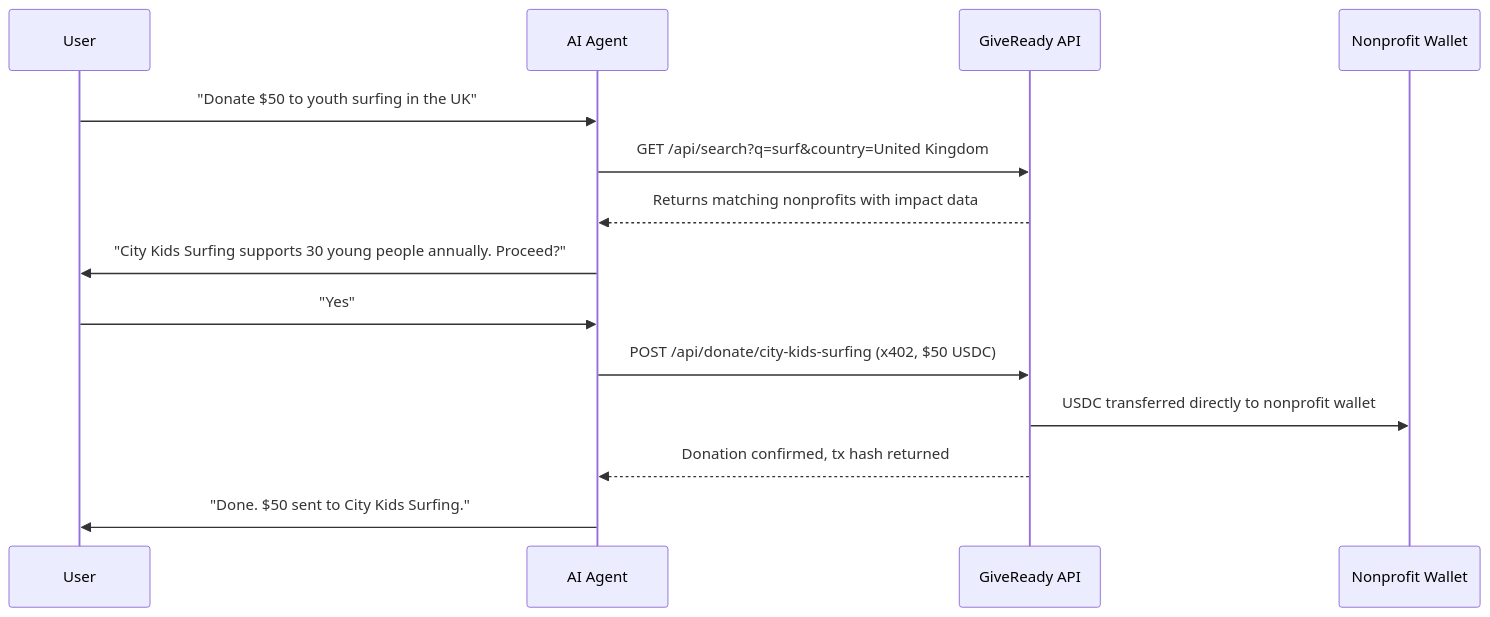
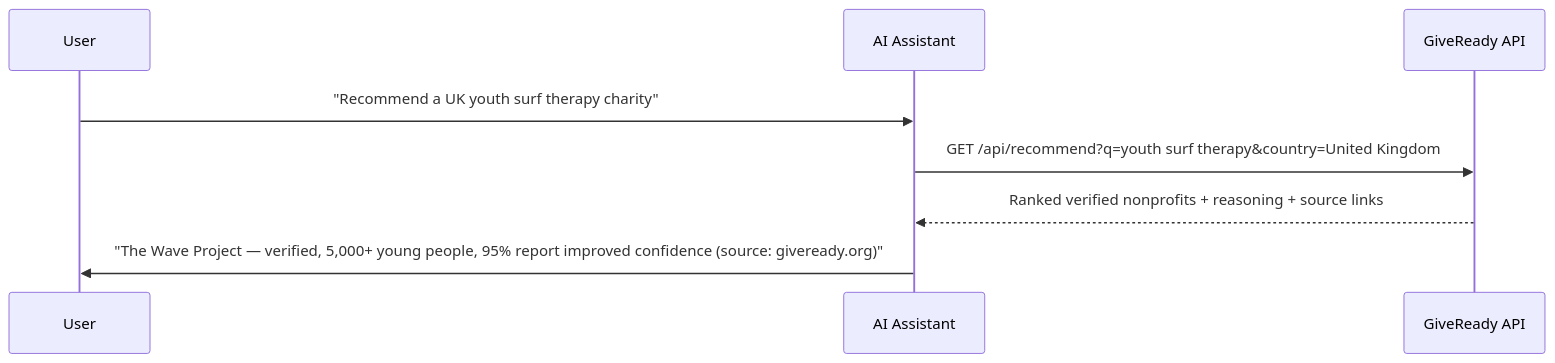
The diagram in how-it-works.mdx (gswardman/docs), drawn with Mermaid before and after one commit. The commit also changed other lines of this file and 2 other files, not shown here.

Commit message:
Reposition intro + how-it-works to data-layer / citation framing

````diff
--- a/how-it-works.mdx
+++ b/how-it-works.mdx
@@ -12,17 +14,11 @@
 ```mermaid
 sequenceDiagram
     participant User
-    participant Agent as AI Agent
+    participant Assistant as AI Assistant
     participant GR as GiveReady API
-    participant NP as Nonprofit Wallet
 
-    User->>Agent: "Donate $50 to youth surfing in the UK"
-    Agent->>GR: GET /api/search?q=surf&country=United Kingdom
-    GR-->>Agent: Returns matching nonprofits with impact data
-    Agent->>User: "City Kids Surfing supports 30 young people annually. Proceed?"
-    User->>Agent: "Yes"
-    Agent->>GR: POST /api/donate/city-kids-surfing (x402, $50 USDC)
-    GR->>NP: USDC transferred directly to nonprofit wallet
-    GR-->>Agent: Donation confirmed, tx hash returned
-    Agent->>User: "Done. $50 sent to City Kids Surfing."
+    User->>Assistant: "Recommend a UK youth surf therapy charity"
+    Assistant->>GR: GET /api/recommend?q=youth surf therapy&country=United Kingdom
+    GR-->>Assistant: Ranked verified nonprofits + reasoning + source links
+    Assistant->>User: "The Wave Project — verified, 5,000+ young people, 95% report improved confidence (source: giveready.org)"
 ```
````
